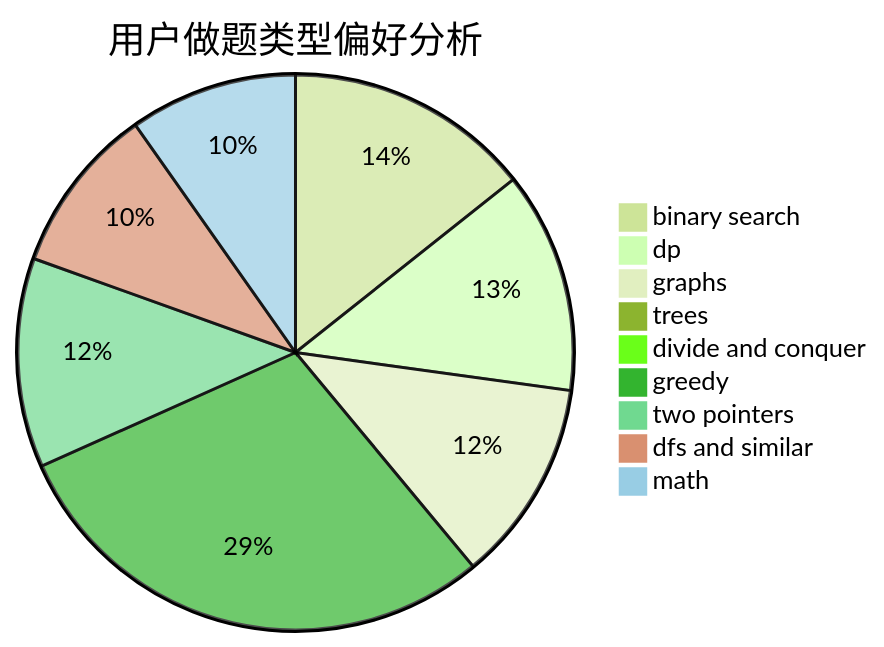
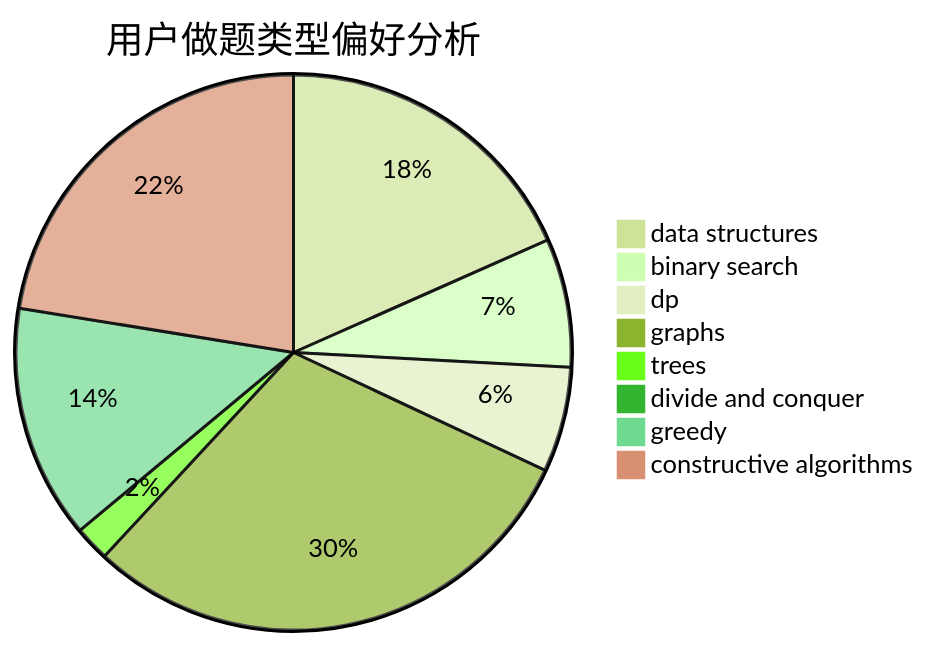
The second of 3 diagrams in docs/user/u2255.md (sherpahu/cfrs.github.io), drawn with Mermaid (forest theme) before and after one commit. The commit also changed other lines of this file and 2775 other files, not shown here.

````diff
--- a/docs/user/u2255.md
+++ b/docs/user/u2255.md
@@ -23,12 +23,11 @@
 ```mermaid
 pie title 用户做题类型偏好分析
-    "binary search" :  248
-    "dp" :  223
-    "graphs" :  204
-    "trees" :  9
+    "data structures" :  27
+    "binary search" :  11
+    "dp" :  9
+    "graphs" :  44
+    "trees" :  3
     "divide and conquer" :  0
-    "greedy" :  508
-    "two pointers" :  211
-    "dfs and similar" :  169
-    "math" :  169
+    "greedy" :  20
+    "constructive algorithms" :  33
 ```
````
